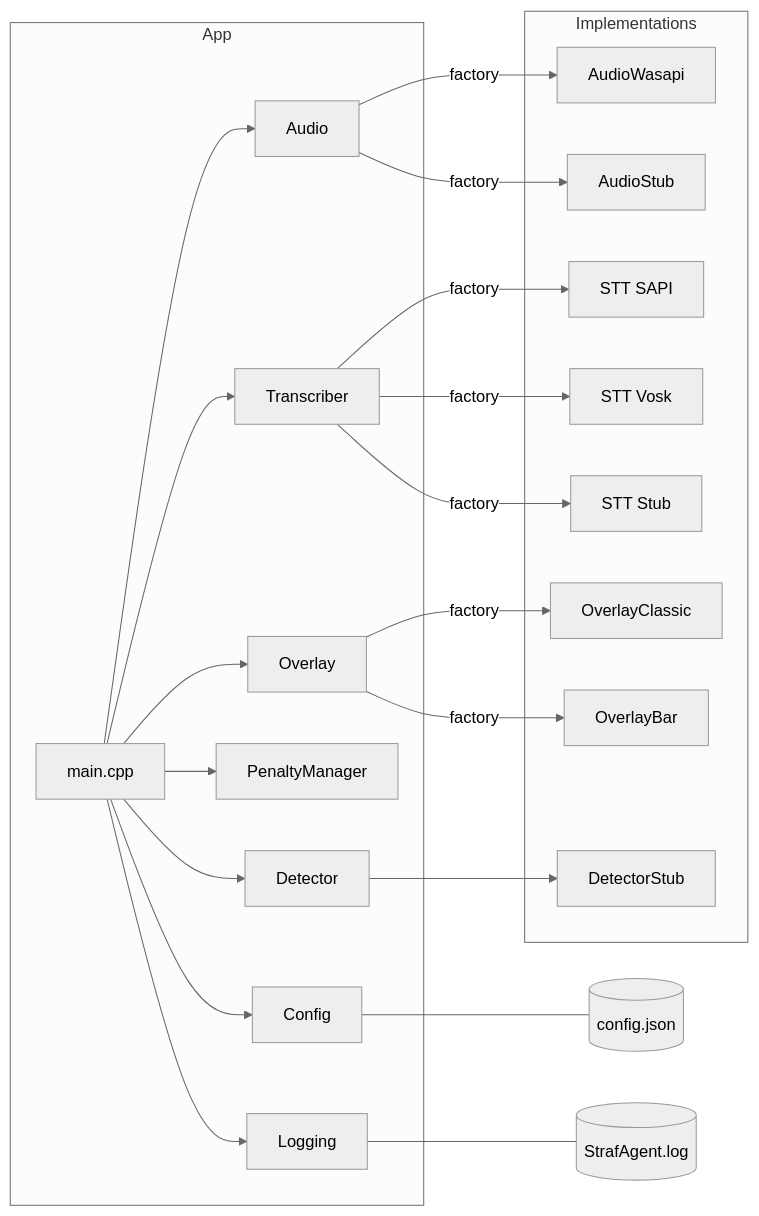
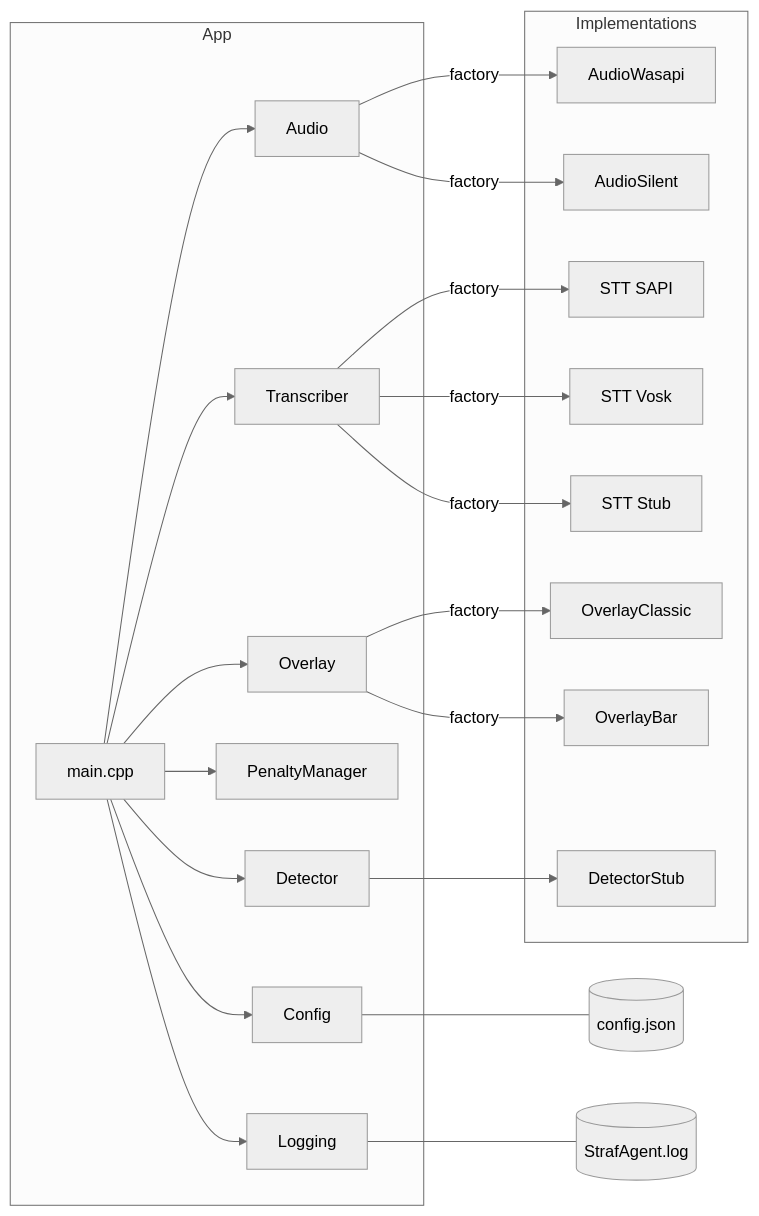
The second of 4 diagrams in docs/ARCHITECTURE.md (mwridgway/Straf), drawn with Mermaid (neutral theme) before and after one commit. The commit also changed other lines of this file and 10 other files, not shown here.

Commit message:
Enable Vosk STT backend and refactor audio handling with silent audio source; update documentation and configuration presets

````diff
--- a/docs/ARCHITECTURE.md
+++ b/docs/ARCHITECTURE.md
@@ -47,31 +50,31 @@
 ```mermaid
 graph LR
   subgraph App
     M[main.cpp] --> CFG[Config]
     M --> LOG[Logging]
     M --> OVR[Overlay]
     M --> PEN[PenaltyManager]
     M --> DET[Detector]
     M --> AUD[Audio]
     M --> STT[Transcriber]
   end
 
   CFG --- File[(config.json)]
   LOG --- File2[(StrafAgent.log)]
 
   subgraph Implementations
     AUD1[AudioWasapi]
-    AUD2[AudioStub]
+    AUD2[AudioSilent]
     STT1[STT SAPI]
     STT2[STT Vosk]
     STT3[STT Stub]
     O1[OverlayClassic]
     O2[OverlayBar]
     D1[DetectorStub]
   end
 
   AUD -->|factory| AUD1 & AUD2
   STT -->|factory| STT1 & STT2 & STT3
   OVR -->|factory| O1 & O2
   DET --> D1
 ```
````
